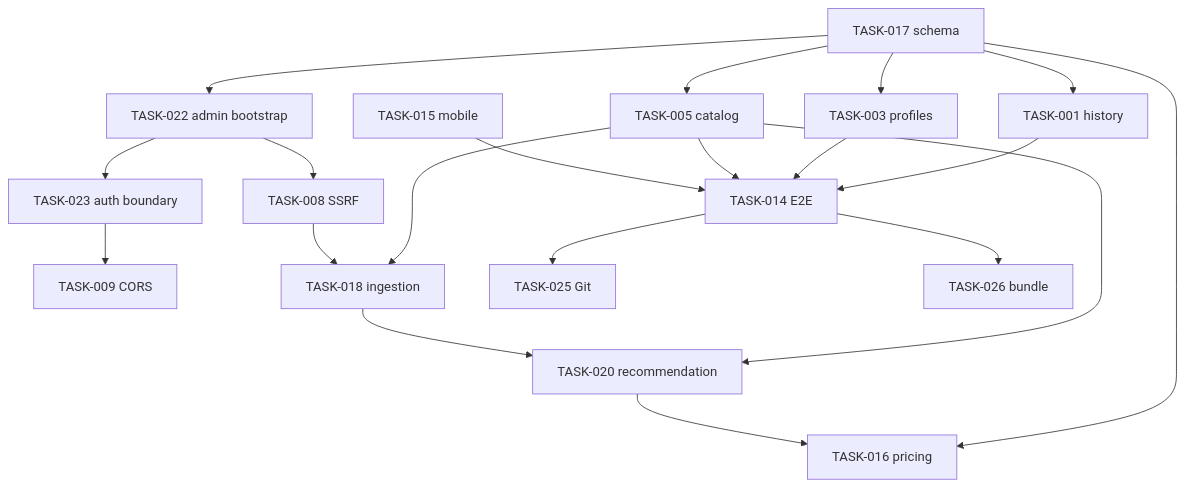
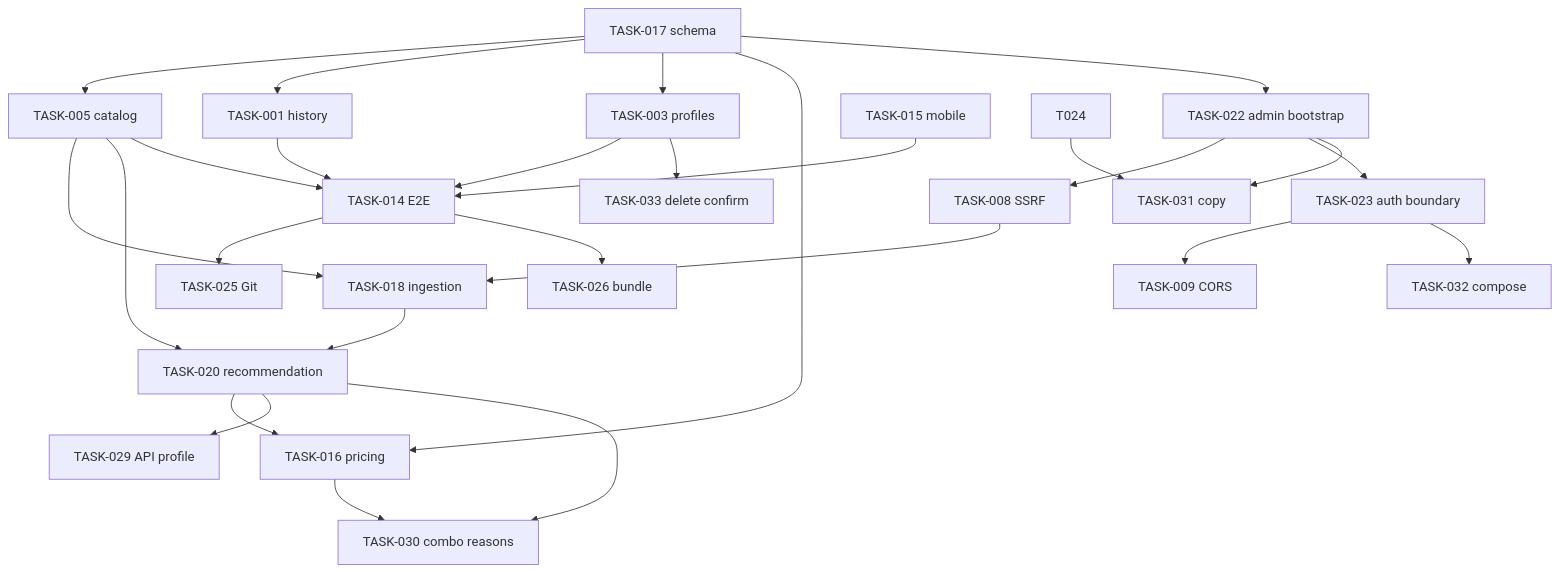
Before and after one commit to nwm1314/insurance-recommendation: the diagram in docs/tasks/2026-08-11-audit-task-cards.md, drawn with Mermaid. The commit also changed other lines of this file and 3 other files, not shown here.

Commit message:
TASK-030: copy recommendation reasons into combo products

````diff
--- a/docs/tasks/2026-08-11-audit-task-cards.md
+++ b/docs/tasks/2026-08-11-audit-task-cards.md
@@ -34,19 +39,26 @@
 ```mermaid
 flowchart TD
   T017["TASK-017 schema"] --> T005["TASK-005 catalog"]
   T017 --> T001["TASK-001 history"]
   T017 --> T003["TASK-003 profiles"]
   T017 --> T016["TASK-016 pricing"]
   T017 --> T022["TASK-022 admin bootstrap"]
   T022 --> T008["TASK-008 SSRF"]
   T022 --> T023["TASK-023 auth boundary"] --> T009["TASK-009 CORS"]
   T005 --> T018["TASK-018 ingestion"]
   T008 --> T018
   T005 --> T020["TASK-020 recommendation"]
   T018 --> T020 --> T016
   T001 --> T014["TASK-014 E2E"]
   T003 --> T014
   T005 --> T014
   T015["TASK-015 mobile"] --> T014 --> T025["TASK-025 Git"]
   T014 --> T026["TASK-026 bundle"]
+  T020 --> T029["TASK-029 API profile"]
+  T016 --> T030["TASK-030 combo reasons"]
+  T020 --> T030
+  T022 --> T031["TASK-031 copy"]
+  T024 --> T031
+  T023 --> T032["TASK-032 compose"]
+  T003 --> T033["TASK-033 delete confirm"]
 ```
````
